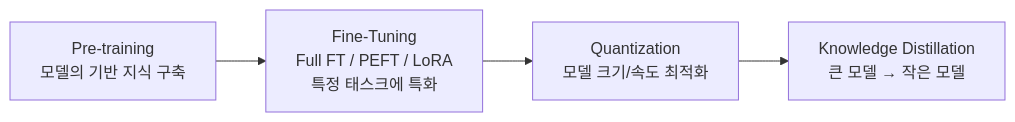
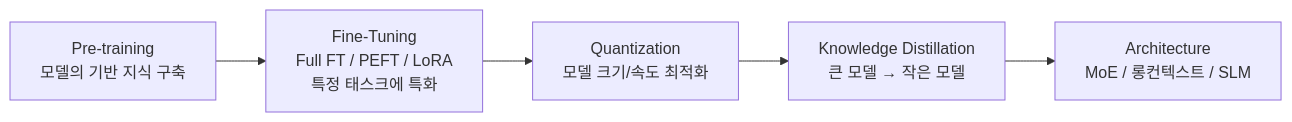
Before and after one commit to TaeHunKim/AIEngineeringLLMWiki: the first of 2 diagrams in wiki/AI/Engineering/Model_Engineering/Model_Engineering.md, drawn with Mermaid. The commit also changed other lines of this file and 66 other files, not shown here.

First line of the commit message:
docs: fill Model/Prompt/Flow/Context/Loop Engineering gaps and refresh stale chapters

````diff
--- a/wiki/AI/Engineering/Model_Engineering/Model_Engineering.md
+++ b/wiki/AI/Engineering/Model_Engineering/Model_Engineering.md
@@ -14,7 +14,8 @@
 ```mermaid
 flowchart LR
     P["Pre-training<br/>모델의 기반 지식 구축"] --> F
     F["Fine-Tuning<br/>Full FT / PEFT / LoRA<br/>특정 태스크에 특화"] --> Q
     Q["Quantization<br/>모델 크기/속도 최적화"] --> D
-    D["Knowledge Distillation<br/>큰 모델 → 작은 모델"]
+    D["Knowledge Distillation<br/>큰 모델 → 작은 모델"] --> A
+    A["Architecture<br/>MoE / 롱컨텍스트 / SLM"]
 ```
````
